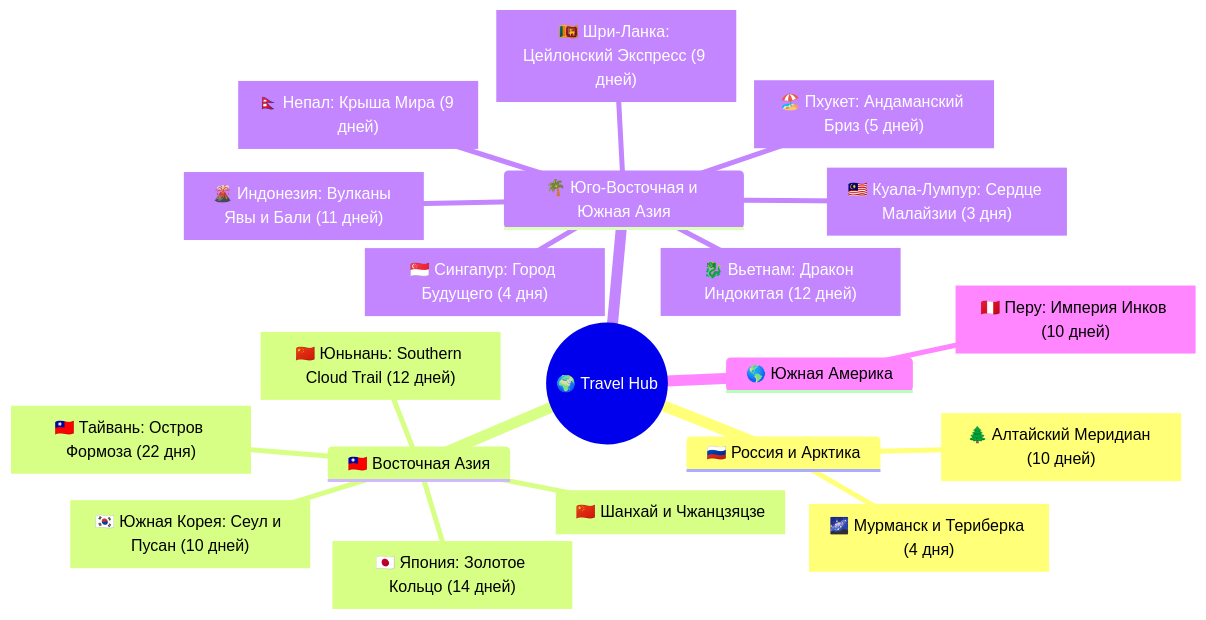
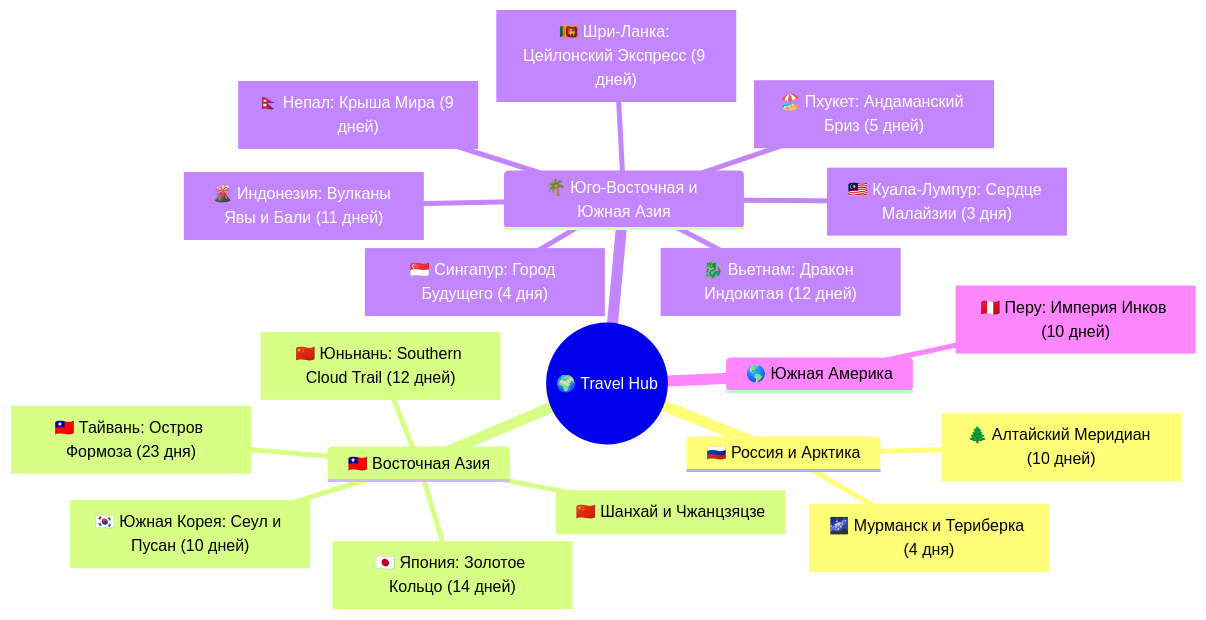
One commit to injurka/obsidian-mark changed the diagram in Personal Note/Travel/Travel.md. Above: the diagram before and after it, drawn with Mermaid. The commit also changed other lines of this file and 33 other files, not shown here.

````diff
--- a/Personal Note/Travel/Travel.md
+++ b/Personal Note/Travel/Travel.md
@@ -5,23 +5,23 @@
 ```mermaid
 mindmap
   root((🌍 Travel Hub))
     🇷🇺 Россия и Арктика
       ["🌲 Алтайский Меридиан (10 дней)"]
       ["🌌 Мурманск и Териберка (4 дня)"]
     🇹🇼 Восточная Азия
       ["🇯🇵 Япония: Золотое Кольцо (14 дней)"]
-      ["🇹🇼 Тайвань: Остров Формоза (22 дня)"]
+      ["🇹🇼 Тайвань: Остров Формоза (23 дня)"]
       ["🇰🇷 Южная Корея: Сеул и Пусан (10 дней)"]
       ["🇨🇳 Юньнань: Southern Cloud Trail (12 дней)"]
       ["🇨🇳 Шанхай и Чжанцзяцзе"]
     🌴 Юго-Восточная и Южная Азия
       ["🇳🇵 Непал: Крыша Мира (9 дней)"]
       ["🇱🇰 Шри-Ланка: Цейлонский Экспресс (9 дней)"]
       ["🌋 Индонезия: Вулканы Явы и Бали (11 дней)"]
       ["🐉 Вьетнам: Дракон Индокитая (12 дней)"]
       ["🏖️ Пхукет: Андаманский Бриз (5 дней)"]
       ["🇸🇬 Сингапур: Город Будущего (4 дня)"]
       ["🇲🇾 Куала-Лумпур: Сердце Малайзии (3 дня)"]
     🌎 Южная Америка
       ["🇵🇪 Перу: Империя Инков (10 дней)"]
 ```
````
